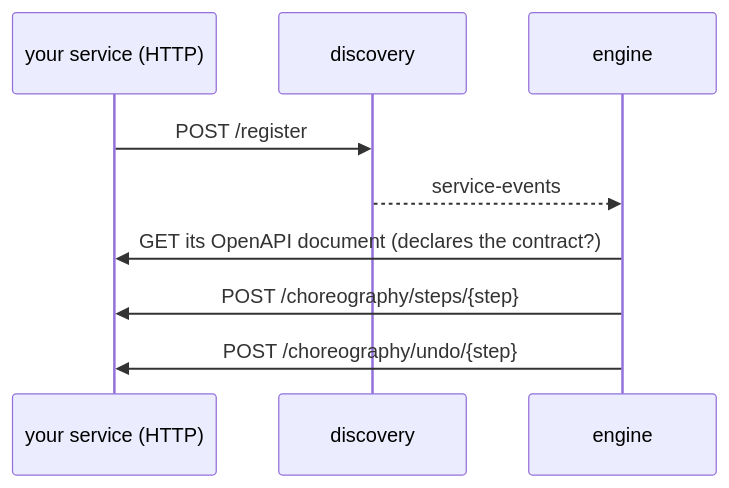
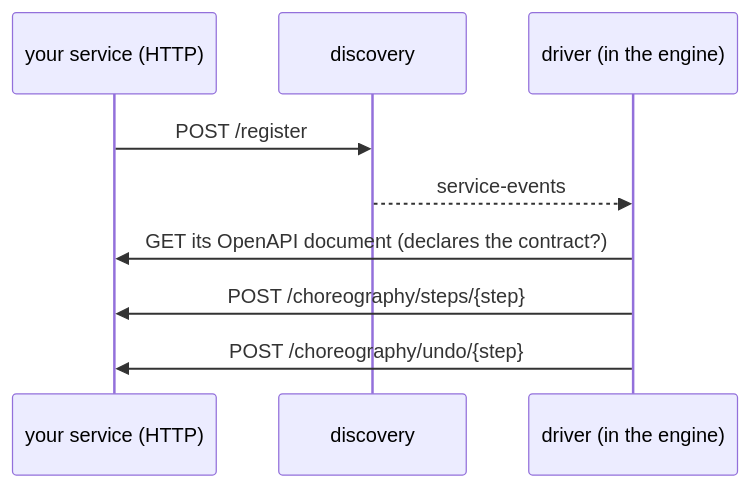
The eighth of 10 diagrams in README.md (ermi9/EDA-choreography), drawn with Mermaid before and after one commit. The commit also changed other lines of this file, not shown here.

Commit message:
I say what the driver does for a service, what sharing one costs, and how I will give each service its own

````diff
--- a/README.md
+++ b/README.md
@@ -229,11 +234,11 @@
 ```mermaid
 sequenceDiagram
     participant S as your service (HTTP)
     participant D as discovery
-    participant E as engine
+    participant E as driver (in the engine)
     S->>D: POST /register
     D-->>E: service-events
     E->>S: GET its OpenAPI document (declares the contract?)
     E->>S: POST /choreography/steps/{step}
     E->>S: POST /choreography/undo/{step}
 ```
````
